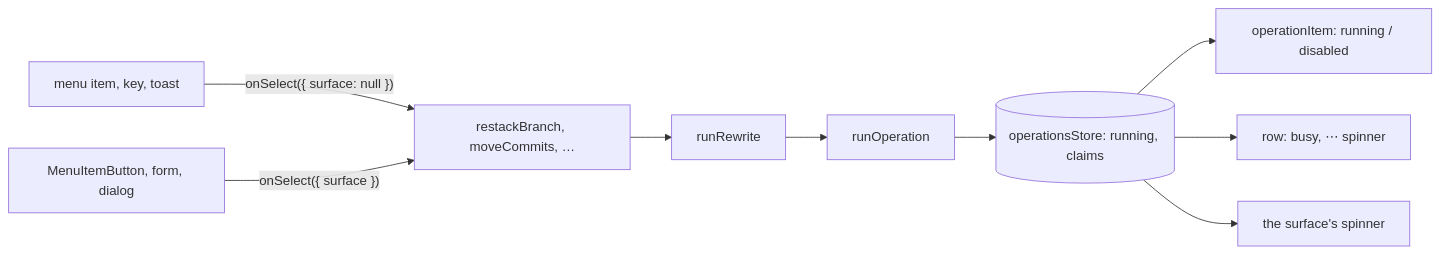
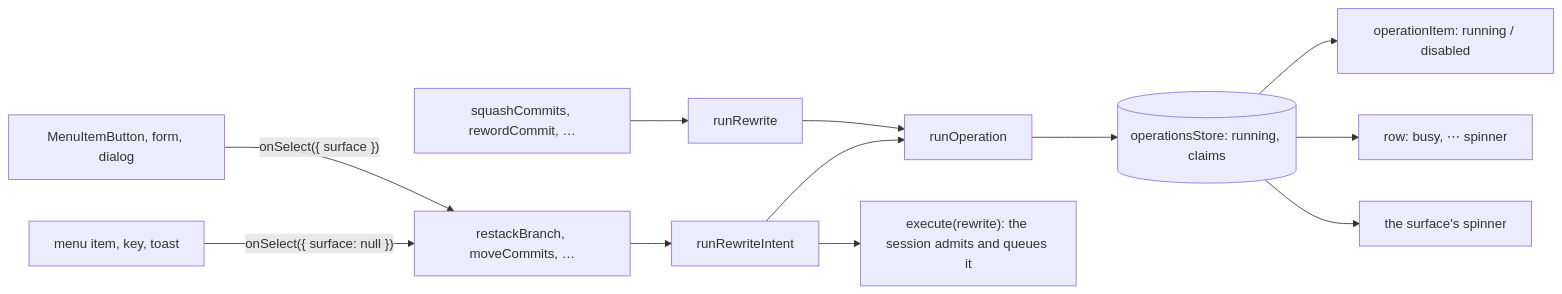
Before and after one commit to develar/branch-deck: the diagram in docs/design/operations.md, drawn with Mermaid. The commit also changed other lines of this file and 59 other files, not shown here.

````diff
--- a/docs/design/operations.md
+++ b/docs/design/operations.md
@@ -41,11 +45,14 @@
 ```mermaid
 flowchart LR
     Menu[menu item, key, toast] -->|"onSelect({ surface: null })"| Action
     Button[MenuItemButton, form, dialog] -->|"onSelect({ surface })"| Action
-    Action[restackBranch, moveCommits, …] --> Rewrite[runRewrite]
+    Action[restackBranch, moveCommits, …] --> Rewrite[runRewriteIntent]
+    Squash[squashCommits, rewordCommit, …] --> PageRewrite[runRewrite]
     Rewrite --> Run[runOperation]
+    PageRewrite --> Run
+    Rewrite --> Execute["execute(rewrite): the session admits and queues it"]
     Run --> Registry[(operationsStore: running, claims)]
     Registry --> Item[operationItem: running / disabled]
     Registry --> Row["row: busy, ⋯ spinner"]
     Registry --> Surface[the surface's spinner]
 ```
````
